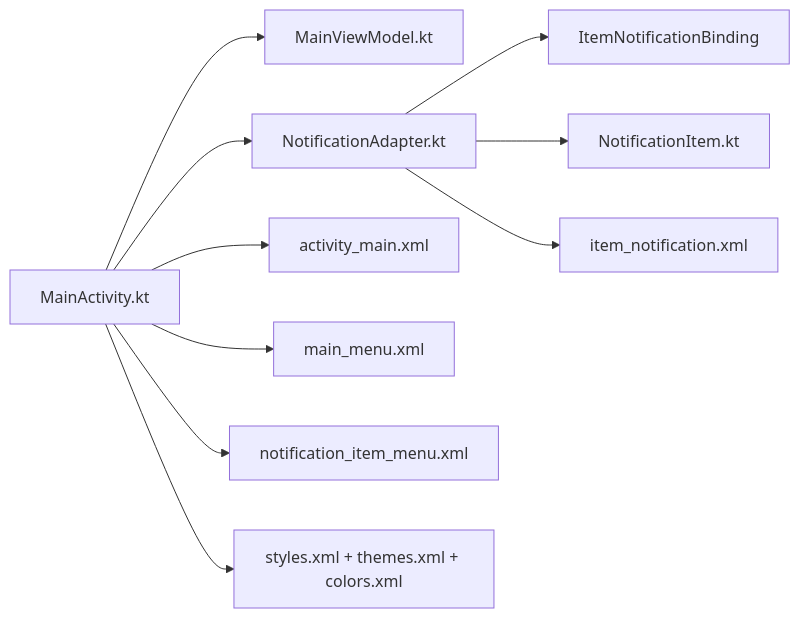
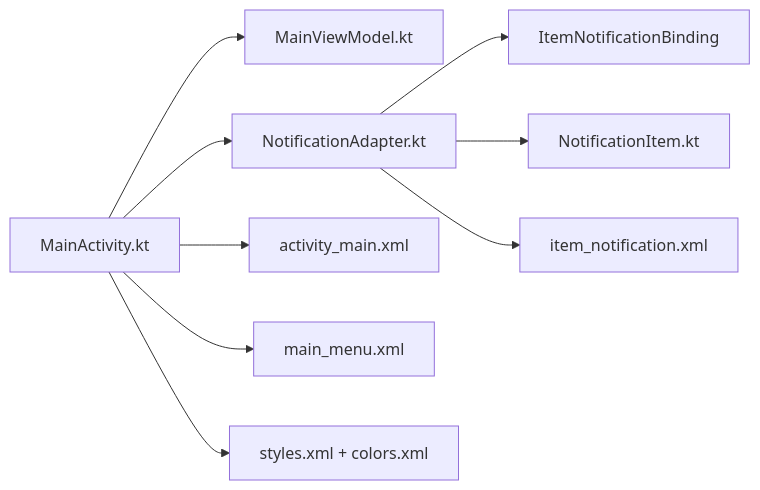
The eighth of 8 diagrams in .qoder/repowiki/en/content/Architecture Overview/UI Components.md (caldefoc/NotificationLog), drawn with Mermaid before and after one commit. The commit also changed other lines of this file and 13 other files, not shown here.

````diff
--- a/.qoder/repowiki/en/content/Architecture Overview/UI Components.md
+++ b/.qoder/repowiki/en/content/Architecture Overview/UI Components.md
@@ -319,12 +307,11 @@
 ```mermaid
 graph LR
 MA["MainActivity.kt"] --> VM["MainViewModel.kt"]
 MA --> AD["NotificationAdapter.kt"]
 AD --> IB["ItemNotificationBinding"]
 AD --> NI["NotificationItem.kt"]
 MA --> AM["activity_main.xml"]
 AD --> INL["item_notification.xml"]
 MA --> MM["main_menu.xml"]
-MA --> NIM["notification_item_menu.xml"]
-MA --> ST["styles.xml + themes.xml + colors.xml"]
+MA --> ST["styles.xml + colors.xml"]
 ```
````
